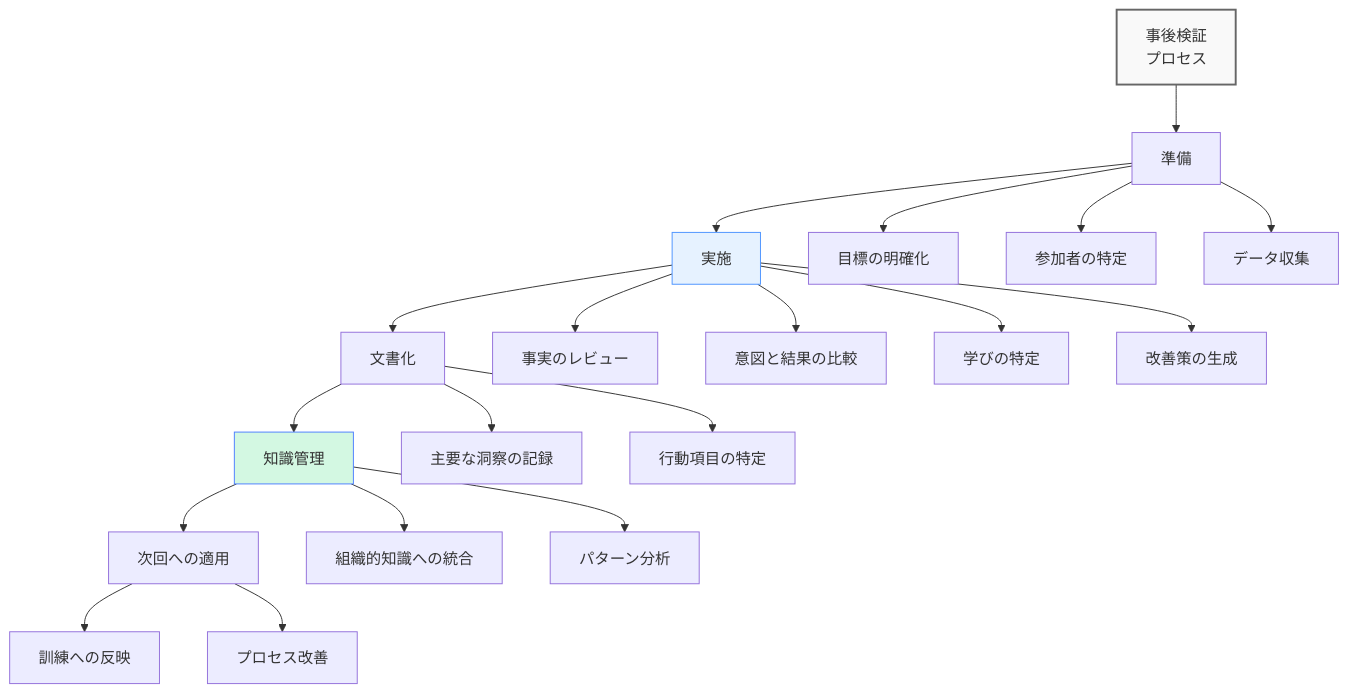
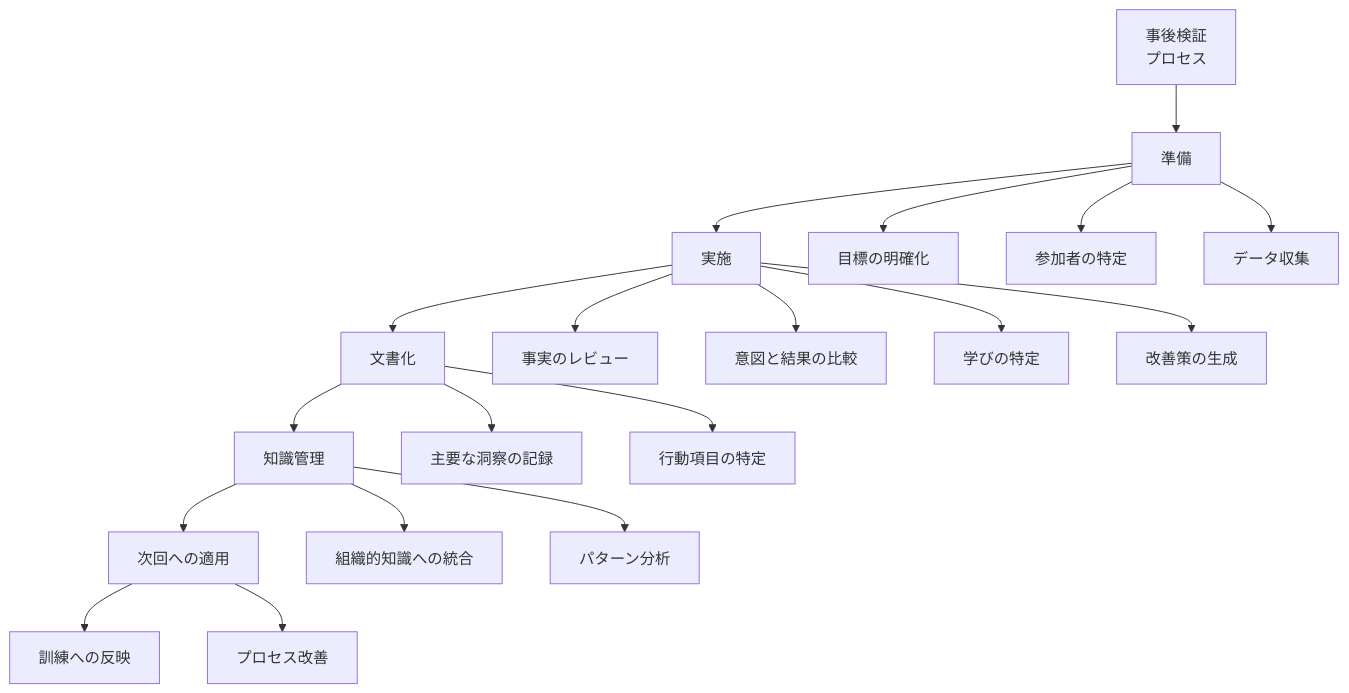
Before and after one commit to shuji-bonji/Situational-Awareness-and-Decision-Making: the third of 8 diagrams in docs/decision-making-guide/decision-training.md, drawn with Mermaid. The commit also changed other lines of this file and 49 other files, not shown here.

Commit message:
fix: ダークモードで見づらい図の色の変更

````diff
--- a/docs/decision-making-guide/decision-training.md
+++ b/docs/decision-making-guide/decision-training.md
@@ -171,30 +171,30 @@
 ```mermaid
 graph TB
     A[事後検証<br>プロセス] --> B[準備]
     B --> C[実施]
     C --> D[文書化]
     D --> E[知識管理]
     E --> F[次回への適用]
     
     B --> B1[目標の明確化]
     B --> B2[参加者の特定]
     B --> B3[データ収集]
     
     C --> C1[事実のレビュー]
     C --> C2[意図と結果の比較]
     C --> C3[学びの特定]
     C --> C4[改善策の生成]
     
     D --> D1[主要な洞察の記録]
     D --> D2[行動項目の特定]
     
     E --> E1[組織的知識への統合]
     E --> E2[パターン分析]
     
     F --> F1[訓練への反映]
     F --> F2[プロセス改善]
     
-    style A fill:#f9f9f9,stroke:#666,stroke-width:2px
-    style C fill:#e6f2ff,stroke:#4d94ff
-    style E fill:#d3f8e2,stroke:#4d7fff
+
+
+
 ```
````
